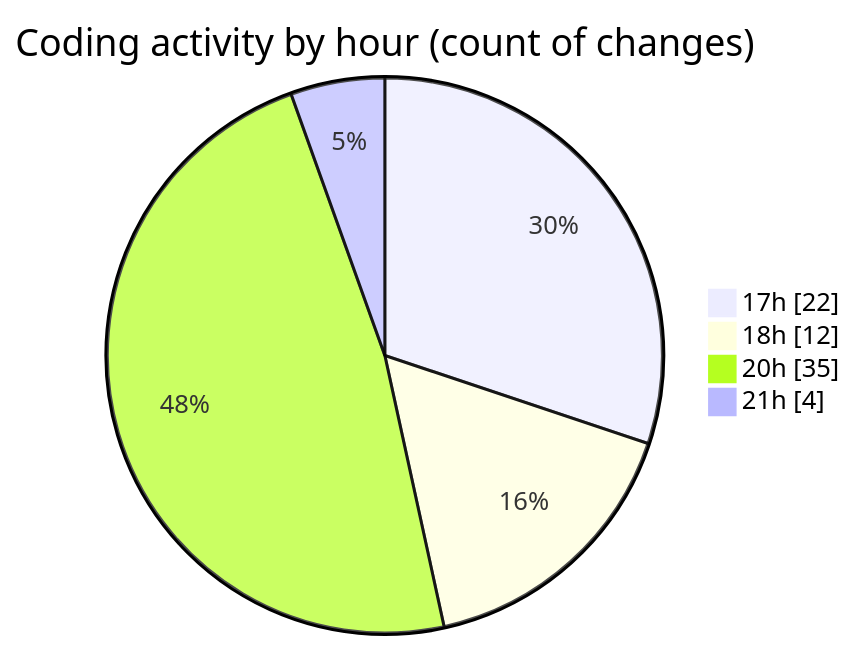
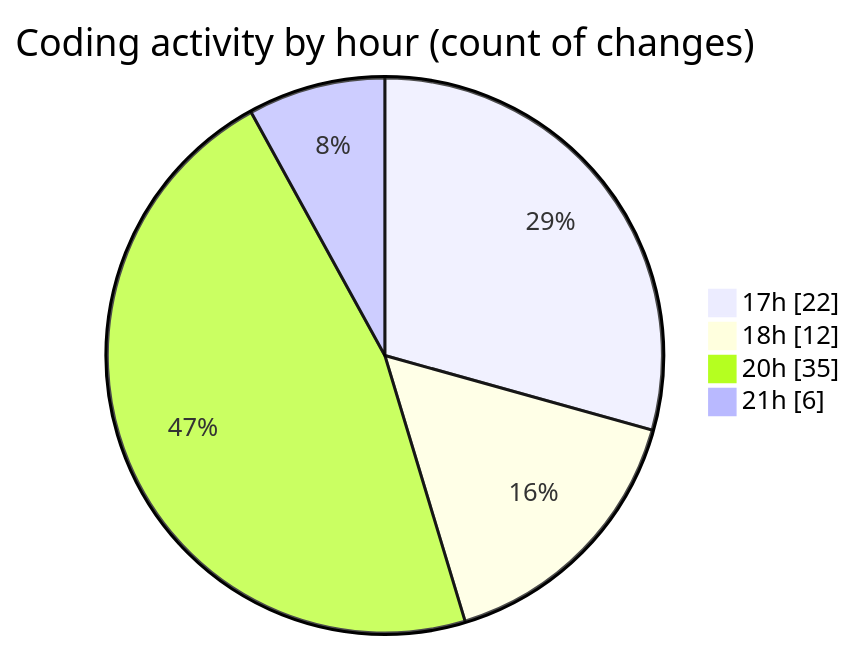
One commit to Netris89/code-tracking changed the second of 2 diagrams in 2025-10-30/skintrack/README.md. Above: the diagram before and after it, drawn with Mermaid. The commit also changed other lines of this file and 1 other file, not shown here.

````diff
--- a/2025-10-30/skintrack/README.md
+++ b/2025-10-30/skintrack/README.md
@@ -36,8 +36,8 @@
 ```mermaid
 pie showData
 title Coding activity by hour (count of changes)
 "17h" : 22
 "18h" : 12
 "20h" : 35
-"21h" : 4
+"21h" : 6
 ```
````
